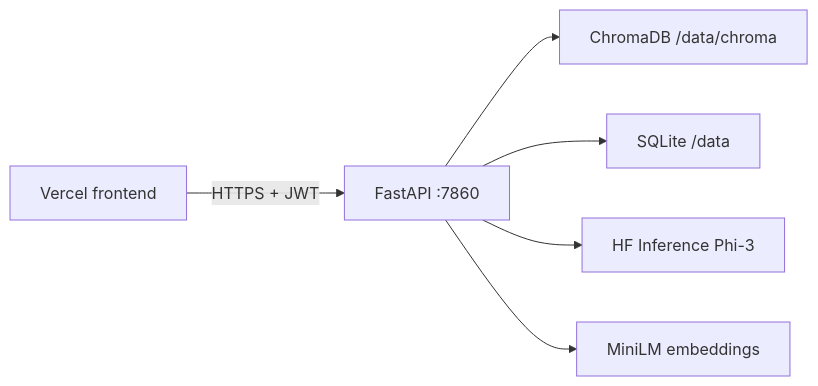
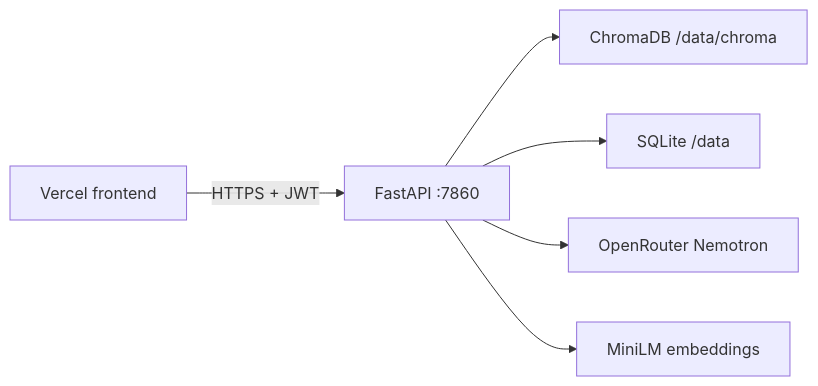
One commit to aparmitsrivastav01-hub/finsight-ai changed the diagram in README.md. Above: the diagram before and after it, drawn with Mermaid. The commit also changed other lines of this file and 95 other files, not shown here.

First line of the commit message:
fix: switch inference to OpenRouter, repo cleanup

````diff
--- a/README.md
+++ b/README.md
@@ -113,8 +112,8 @@
 ```mermaid
 flowchart LR
   FE[Vercel frontend] -->|HTTPS + JWT| API[FastAPI :7860]
   API --> CHROMA[ChromaDB /data/chroma]
   API --> SQL[SQLite /data]
-  API --> HF[HF Inference Phi-3]
+  API --> OR[OpenRouter Nemotron]
   API --> EMB[MiniLM embeddings]
 ```
````
